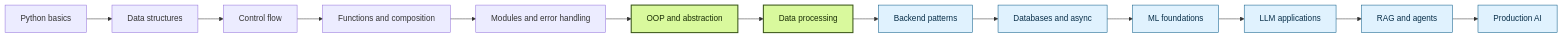
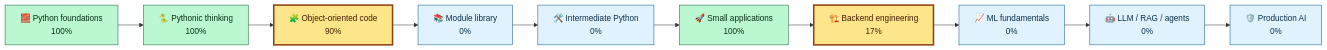
Before and after one commit to devanshu-puri/Python: the first of 2 diagrams in README.md, drawn with Mermaid. The commit also changed other lines of this file and 8 other files, not shown here.

````diff
--- a/README.md
+++ b/README.md
@@ -32,20 +44,20 @@
 ```mermaid
 flowchart LR
-    A[Python basics] --> B[Data structures]
-    B --> C[Control flow]
-    C --> D[Functions and composition]
-    D --> E[Modules and error handling]
-    E --> F[OOP and abstraction]
-    F --> G[Data processing]
-    G --> H[Backend patterns]
-    H --> I[Databases and async]
-    I --> J[ML foundations]
-    J --> K[LLM applications]
-    K --> L[RAG and agents]
-    L --> M[Production AI]
-
-    classDef current fill:#d9f99d,stroke:#365314,color:#1a2e05,stroke-width:2px;
+    t0["🧱 Python foundations<br/>100%"]
+    t1["🐍 Pythonic thinking<br/>100%"]
+    t2["🧩 Object-oriented code<br/>90%"]
+    t3["📚 Module library<br/>0%"]
+    t4["🛠️ Intermediate Python<br/>0%"]
+    t5["🚀 Small applications<br/>100%"]
+    t6["🏗️ Backend engineering<br/>17%"]
+    t7["📈 ML fundamentals<br/>0%"]
+    t8["🤖 LLM / RAG / agents<br/>0%"]
+    t9["🛡️ Production AI<br/>0%"]
+    t0 --> t1 --> t2 --> t3 --> t4 --> t5 --> t6 --> t7 --> t8 --> t9
+    classDef done fill:#bbf7d0,stroke:#166534,color:#052e16;
+    classDef current fill:#fde68a,stroke:#92400e,color:#451a03,stroke-width:3px;
     classDef future fill:#e0f2fe,stroke:#075985,color:#082f49;
-    class F,G current;
-    class H,I,J,K,L,M future;
+    class t0,t1,t5 done;
+    class t2,t6 current;
+    class t3,t4,t7,t8,t9 future;
 ```
````
